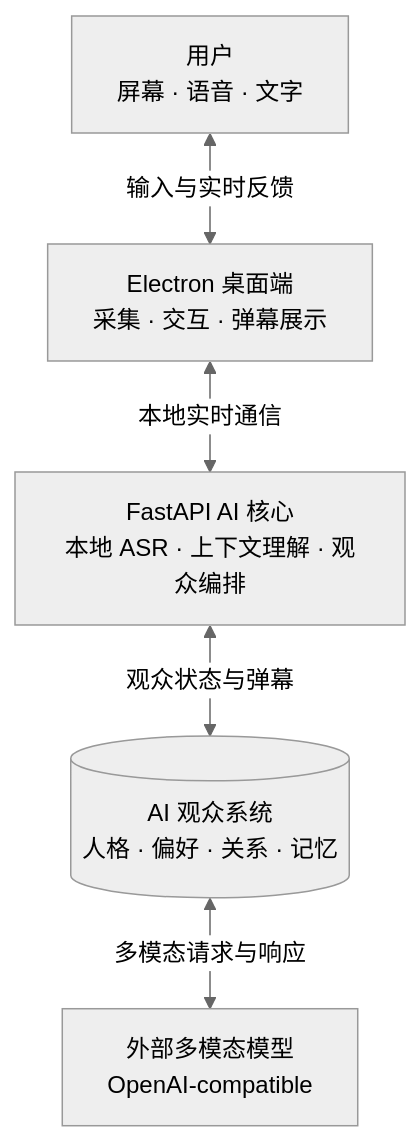
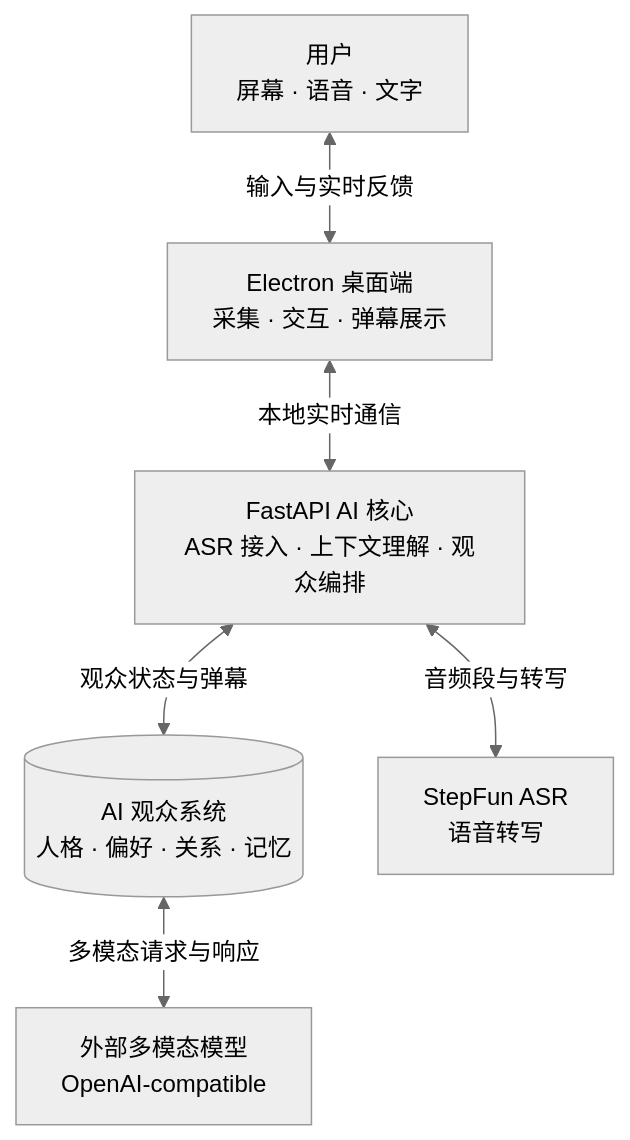
Before and after one commit to JunieXD/VibeLive: the diagram in docs/ARCHITECTURE.md, drawn with Mermaid (neutral theme). The commit also changed other lines of this file and 13 other files, not shown here.

Commit message:
feat: replace local ASR with StepFun provider

````diff
--- a/docs/ARCHITECTURE.md
+++ b/docs/ARCHITECTURE.md
@@ -11,13 +11,15 @@
 ```mermaid
 flowchart TB
     USER["用户<br/>屏幕 · 语音 · 文字"]
     DESKTOP["Electron 桌面端<br/>采集 · 交互 · 弹幕展示"]
-    CORE["FastAPI AI 核心<br/>本地 ASR · 上下文理解 · 观众编排"]
+    CORE["FastAPI AI 核心<br/>ASR 接入 · 上下文理解 · 观众编排"]
     AUDIENCE[("AI 观众系统<br/>人格 · 偏好 · 关系 · 记忆")]
+    ASR["StepFun ASR<br/>语音转写"]
     MODEL["外部多模态模型<br/>OpenAI-compatible"]
 
     USER <-->|"输入与实时反馈"| DESKTOP
     DESKTOP <-->|"本地实时通信"| CORE
+    CORE <-->|"音频段与转写"| ASR
     CORE <-->|"观众状态与弹幕"| AUDIENCE
     AUDIENCE <-->|"多模态请求与响应"| MODEL
 ```
````
